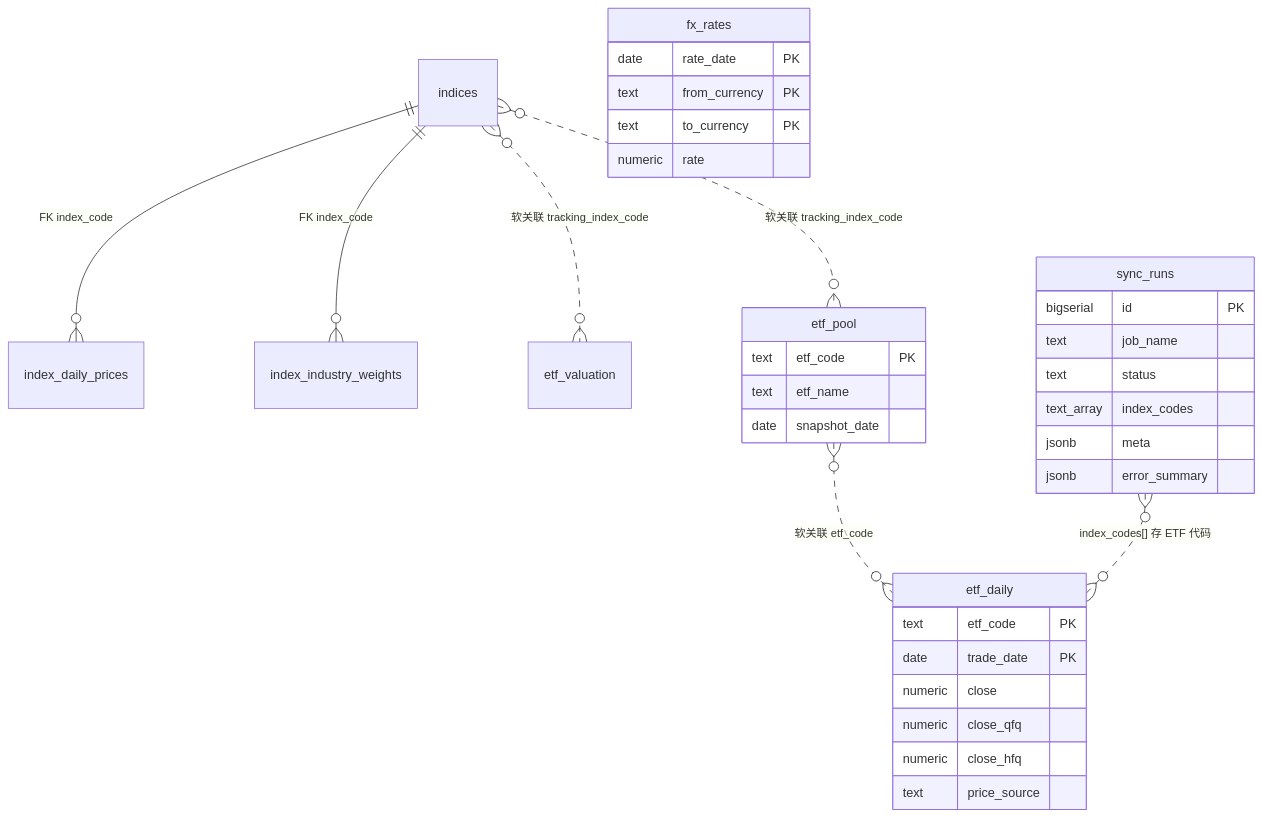
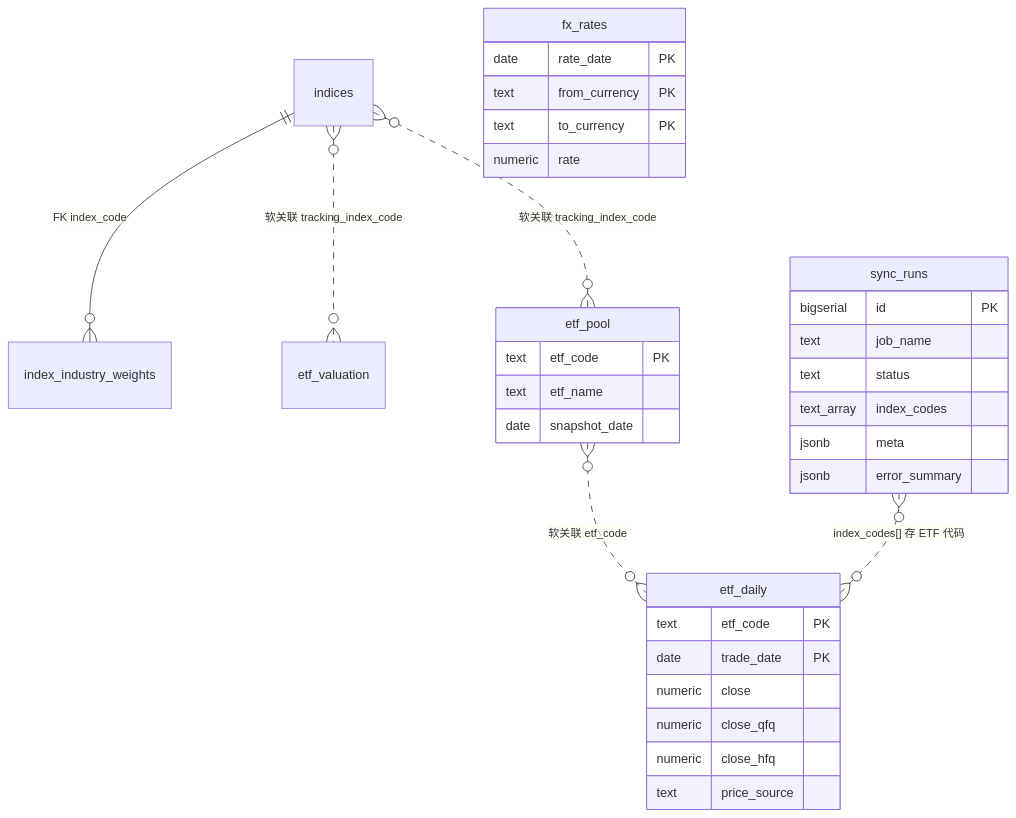
One commit to AbnerSunLabs/scheduled-tasks changed the diagram in doc/supabase-schema.md. Above: the diagram before and after it, drawn with Mermaid. The commit also changed other lines of this file and 21 other files, not shown here.

````diff
--- a/doc/supabase-schema.md
+++ b/doc/supabase-schema.md
@@ -47,41 +46,40 @@
 ```mermaid
 erDiagram
-    indices ||--o{ index_daily_prices : "FK index_code"
     indices ||--o{ index_industry_weights : "FK index_code"
     indices }o..o{ etf_valuation : "软关联 tracking_index_code"
     indices }o..o{ etf_pool : "软关联 tracking_index_code"
     etf_pool }o..o{ etf_daily : "软关联 etf_code"
     sync_runs }o..o{ etf_daily : "index_codes[] 存 ETF 代码"
 
     sync_runs {
         bigserial id PK
         text job_name
         text status
         text_array index_codes
         jsonb meta
         jsonb error_summary
     }
 
     etf_pool {
         text etf_code PK
         text etf_name
         date snapshot_date
     }
 
     etf_daily {
         text etf_code PK
         date trade_date PK
         numeric close
         numeric close_qfq
         numeric close_hfq
         text price_source
     }
 
     fx_rates {
         date rate_date PK
         text from_currency PK
         text to_currency PK
         numeric rate
     }
 
 ```
````
